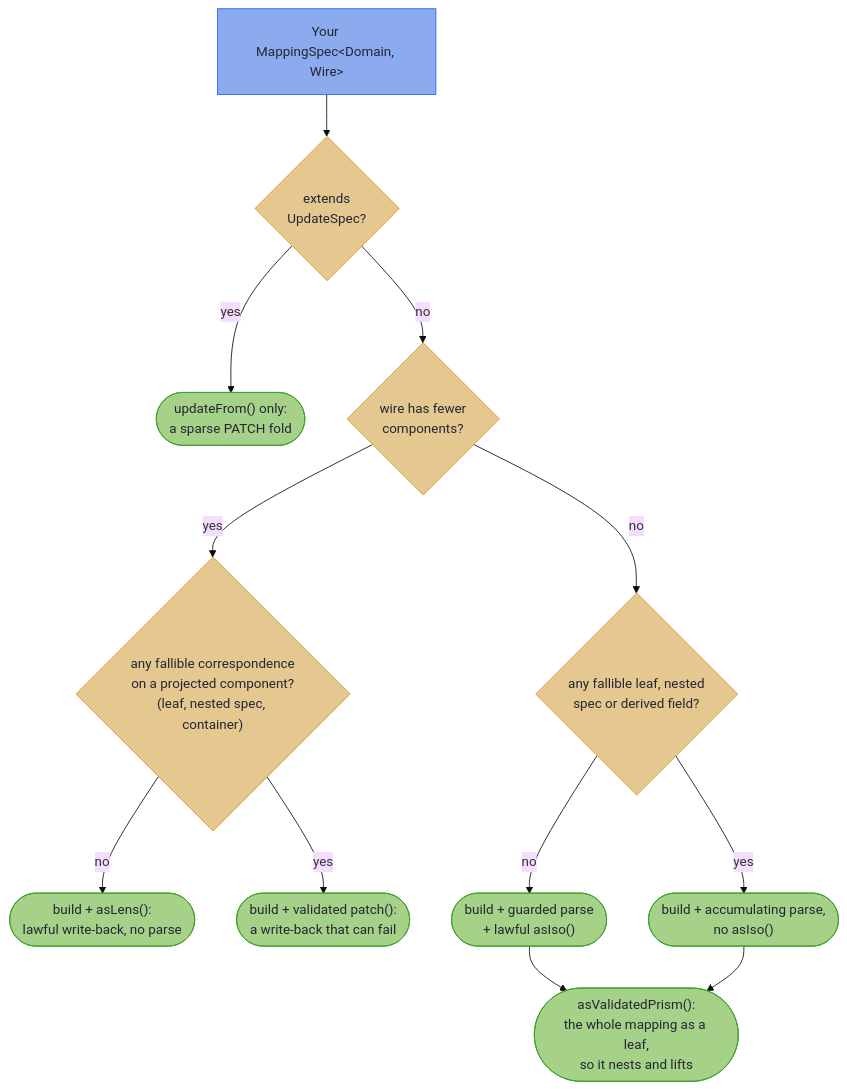
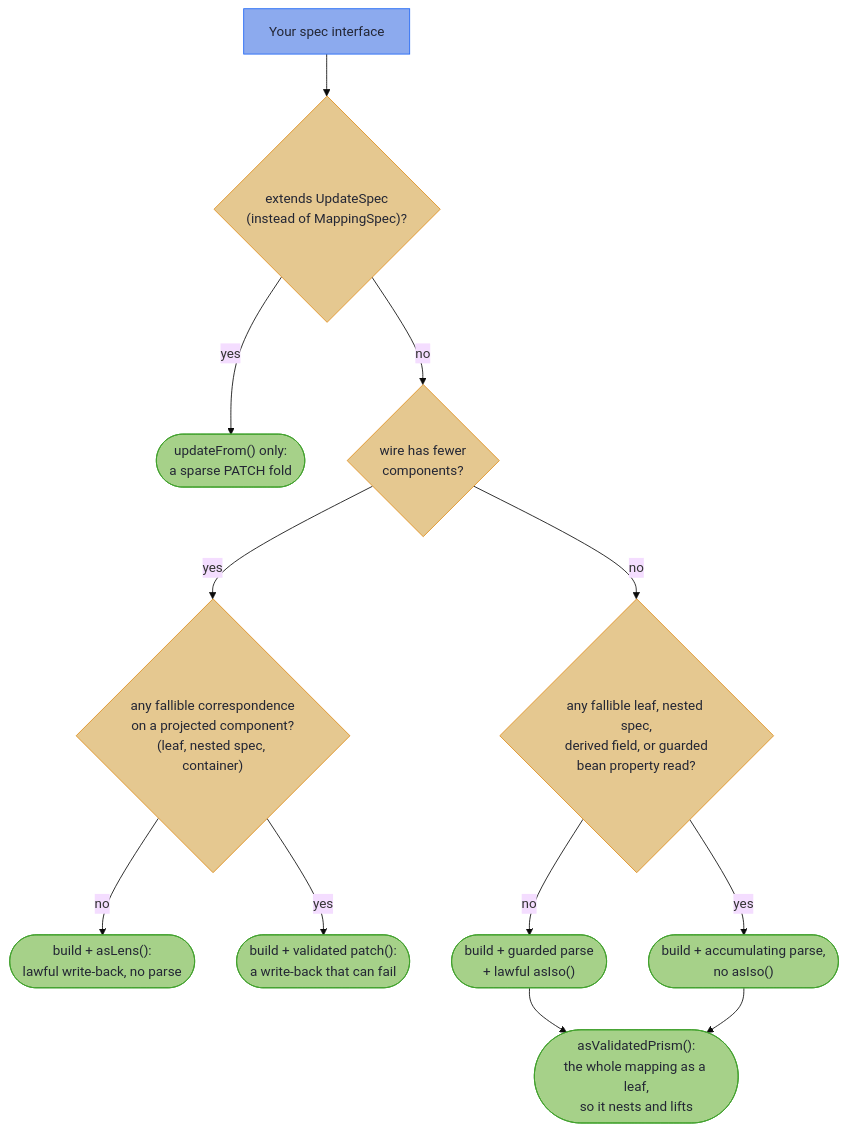
Before and after one commit to higher-kinded-j/higher-kinded-j: the diagram in hkj-book/src/mapping/tiers.md, drawn with Mermaid (base theme). The commit also changed other lines of this file and 5 other files, not shown here.

````diff
--- a/hkj-book/src/mapping/tiers.md
+++ b/hkj-book/src/mapping/tiers.md
@@ -20,21 +20,21 @@
 ```mermaid
 flowchart TD
-    S["Your MappingSpec&lt;Domain, Wire&gt;"] --> U{"extends<br/>UpdateSpec?"}
+    S["Your spec interface"] --> U{"extends UpdateSpec<br/>(instead of MappingSpec)?"}
     U -->|yes| UT(["updateFrom() only:<br/>a sparse PATCH fold"])
     U -->|no| W{"wire has fewer<br/>components?"}
     W -->|yes| F{"any fallible correspondence<br/>on a projected component?<br/>(leaf, nested spec, container)"}
     F -->|no| LT(["build + asLens():<br/>lawful write-back, no parse"])
     F -->|yes| PT(["build + validated patch():<br/>a write-back that can fail"])
-    W -->|no| D{"any fallible leaf, nested<br/>spec or derived field?"}
+    W -->|no| D{"any fallible leaf, nested spec,<br/>derived field, or guarded<br/>bean property read?"}
     D -->|no| IT(["build + guarded parse<br/>+ lawful asIso()"])
     D -->|yes| VT(["build + accumulating parse,<br/>no asIso()"])
     IT --> VP(["asValidatedPrism():<br/>the whole mapping as a leaf,<br/>so it nests and lifts"])
     VT --> VP
 
     classDef wire fill:#8caaee,stroke:#1e66f5,color:#232634
     classDef tier fill:#a6d189,stroke:#40a02b,color:#232634
     classDef decision fill:#e5c890,stroke:#df8e1d,color:#232634
     class S wire
     class UT,LT,PT,IT,VT,VP tier
     class U,W,F,D decision
 ```
````
